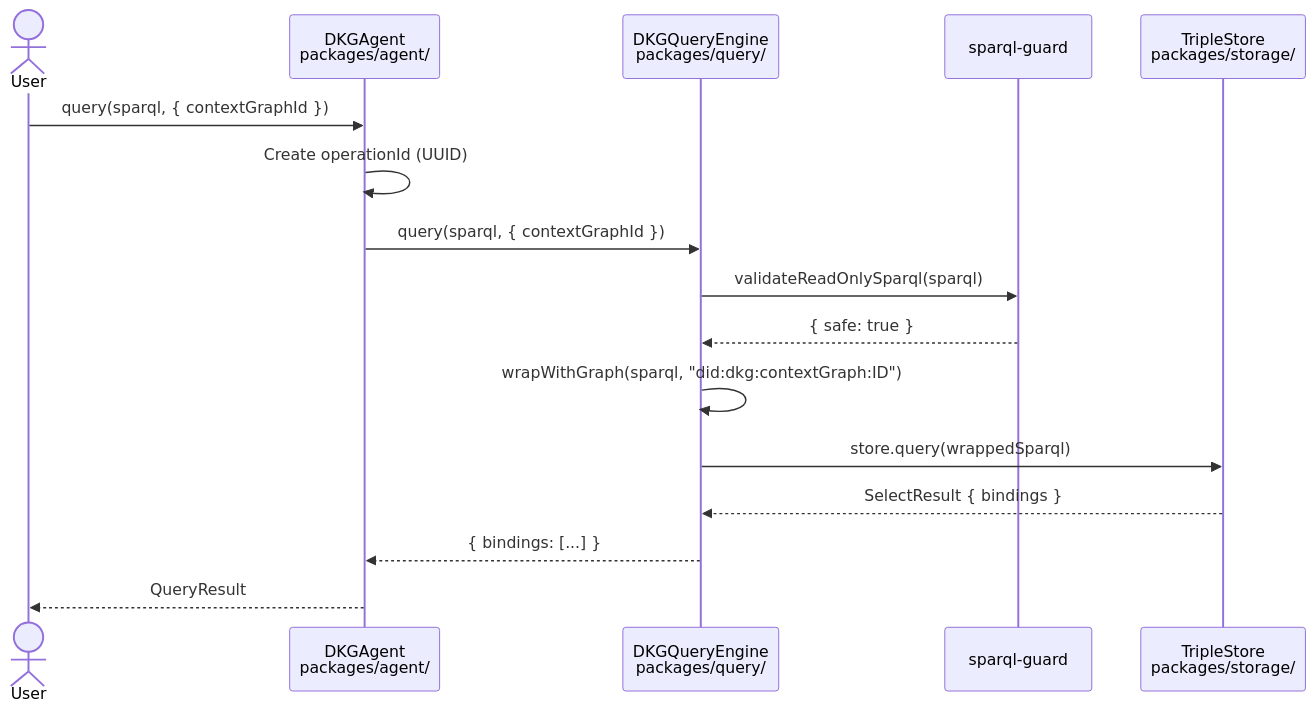
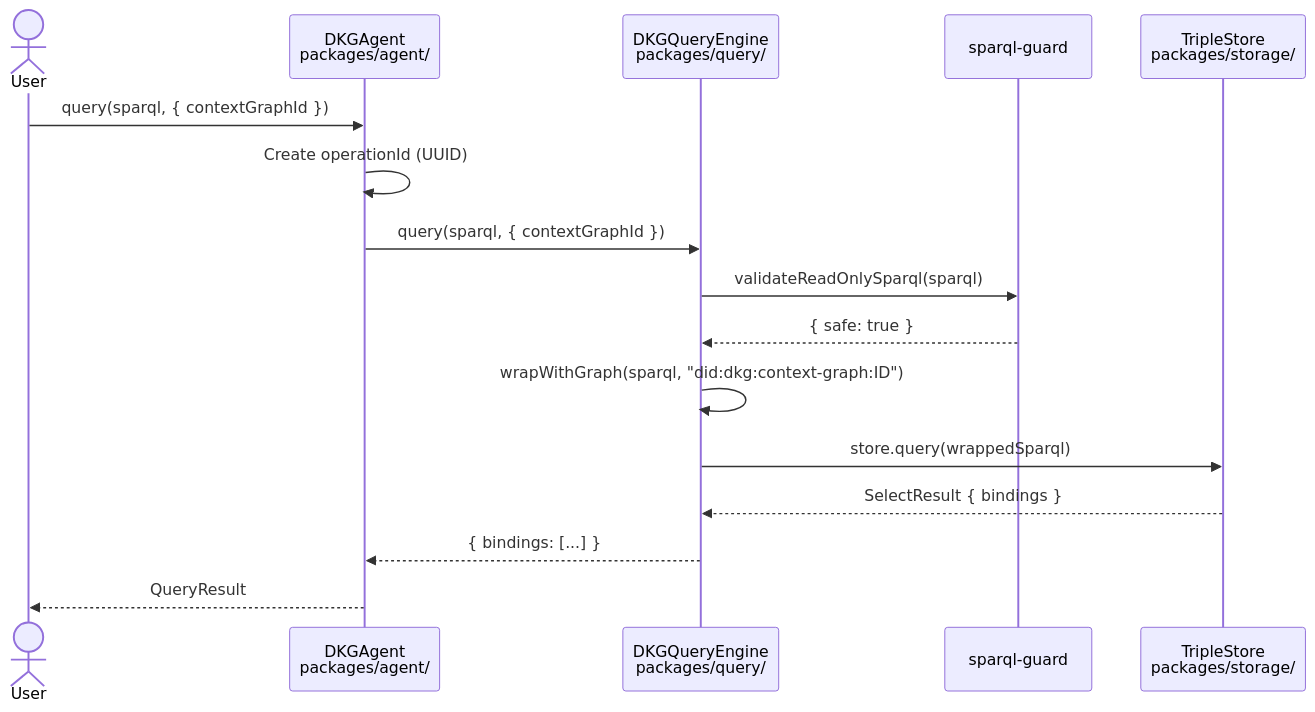
Before and after one commit to KilianTrunk/dkg: the diagram in docs/onboarding/02-query-flow.md, drawn with Mermaid. The commit also changed other lines of this file and 44 other files, not shown here.

Commit message:
fix: align context graph protocol cleanup

````diff
--- a/docs/onboarding/02-query-flow.md
+++ b/docs/onboarding/02-query-flow.md
@@ -90,19 +90,19 @@
 ```mermaid
 sequenceDiagram
     actor User
     participant Agent as DKGAgent<br/>packages/agent/
     participant Engine as DKGQueryEngine<br/>packages/query/
     participant Guard as sparql-guard
     participant Store as TripleStore<br/>packages/storage/
 
     User->>Agent: query(sparql, { contextGraphId })
     Agent->>Agent: Create operationId (UUID)
     Agent->>Engine: query(sparql, { contextGraphId })
     Engine->>Guard: validateReadOnlySparql(sparql)
     Guard-->>Engine: { safe: true }
-    Engine->>Engine: wrapWithGraph(sparql, "did:dkg:contextGraph:ID")
+    Engine->>Engine: wrapWithGraph(sparql, "did:dkg:context-graph:ID")
     Engine->>Store: store.query(wrappedSparql)
     Store-->>Engine: SelectResult { bindings }
     Engine-->>Agent: { bindings: [...] }
     Agent-->>User: QueryResult
 ```
````
